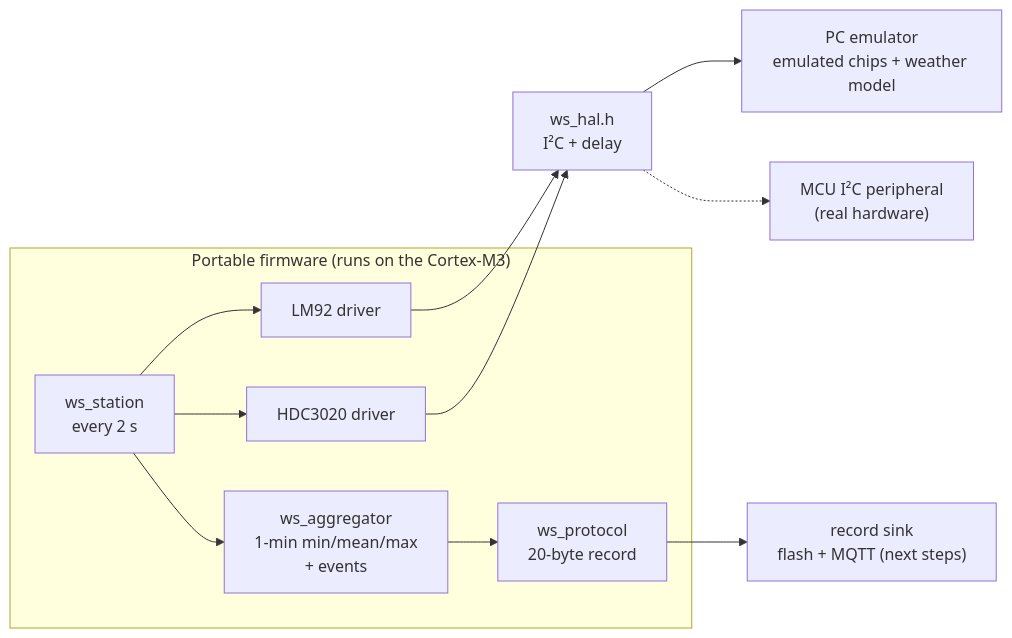
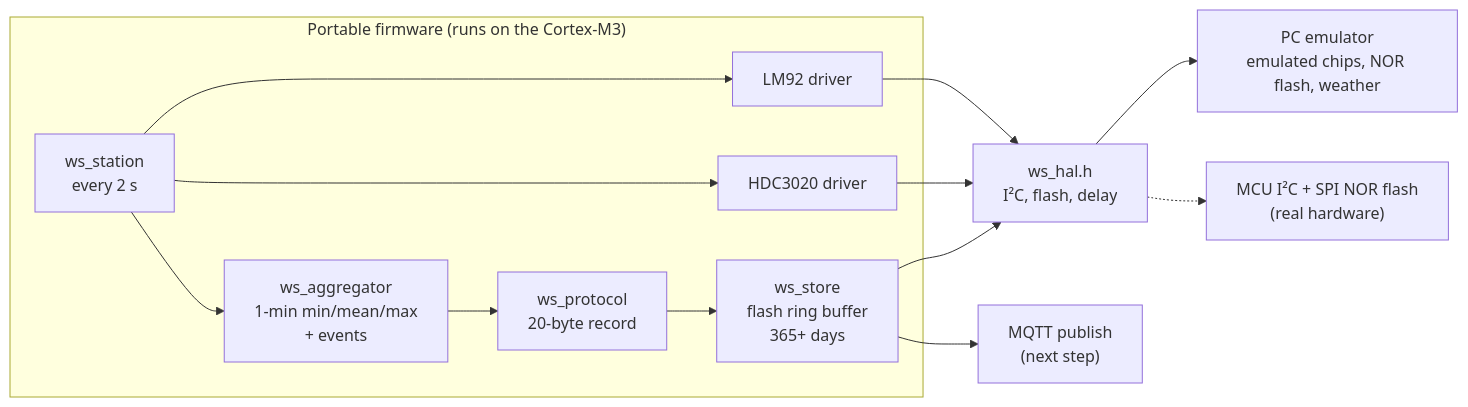
The diagram in README.md (j0kerZ/invivo-weather-station), drawn with Mermaid before and after one commit. The commit also changed other lines of this file and 11 other files, not shown here.

First line of the commit message:
Add flash ring buffer with power-cut recovery

````diff
--- a/README.md
+++ b/README.md
@@ -52,13 +56,15 @@
 ```mermaid
 flowchart LR
     subgraph portable["Portable firmware (runs on the Cortex-M3)"]
         station["ws_station<br/>every 2 s"] --> lm92["LM92 driver"]
         station --> hdc["HDC3020 driver"]
         station --> agg["ws_aggregator<br/>1-min min/mean/max<br/>+ events"]
         agg --> proto["ws_protocol<br/>20-byte record"]
+        proto --> store["ws_store<br/>flash ring buffer<br/>365+ days"]
     end
-    lm92 & hdc --> hal["ws_hal.h<br/>I²C + delay"]
-    hal --> emu["PC emulator<br/>emulated chips + weather model"]
-    hal -.-> mcu["MCU I²C peripheral<br/>(real hardware)"]
-    proto --> sink["record sink<br/>flash + MQTT (next steps)"]
+    lm92 & hdc --> hal["ws_hal.h<br/>I²C, flash, delay"]
+    store --> hal
+    hal --> emu["PC emulator<br/>emulated chips, NOR flash, weather"]
+    hal -.-> mcu["MCU I²C + SPI NOR flash<br/>(real hardware)"]
+    store --> mqtt["MQTT publish<br/>(next step)"]
 ```
````
